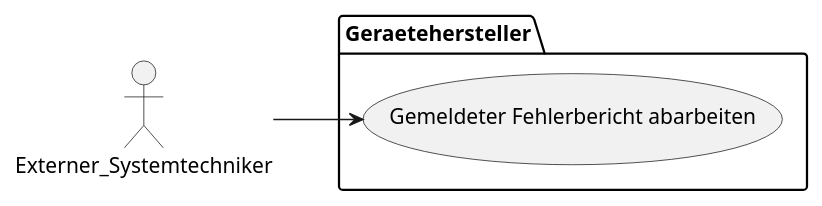
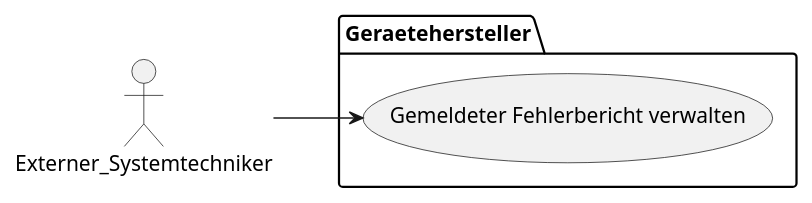
One commit to helenlaible/ss23-kba-project changed the seventh of 12 diagrams in docs/2_planning/1_business_use_cases.md. Above: the diagram before and after it, drawn with PlantUML. The commit also changed other lines of this file, not shown here.

````diff
--- a/docs/2_planning/1_business_use_cases.md
+++ b/docs/2_planning/1_business_use_cases.md
@@ -217,11 +217,11 @@
 ```plantuml BUC Geraetehersteller
 @startuml
 left to right direction
 actor Externer_Systemtechniker as es
 package Geraetehersteller {
-  usecase "Gemeldeter Fehlerbericht abarbeiten" as UC1
+  usecase "Gemeldeter Fehlerbericht verwalten" as UC1
 }
 
 es --> UC1
 @enduml
 ```
````
